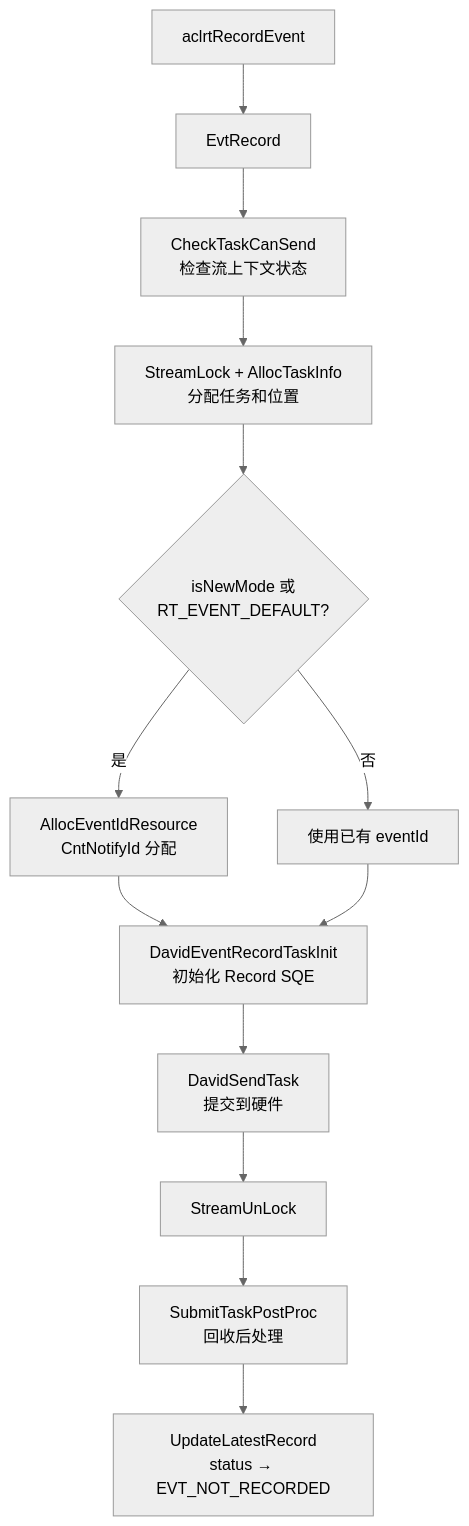
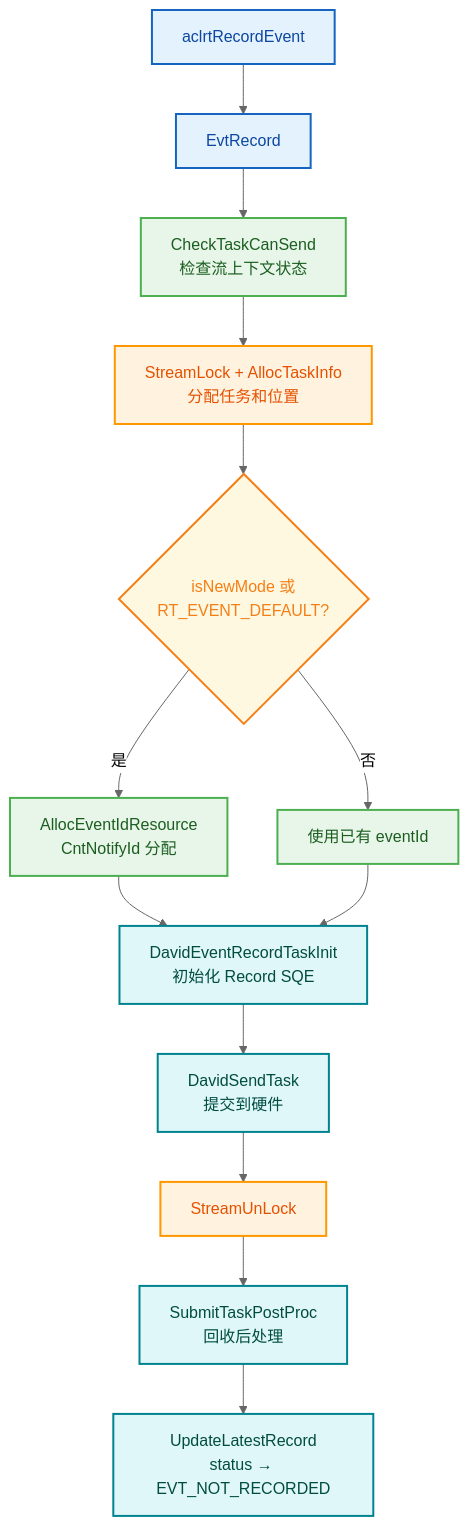
Before and after one commit to 18liumin/runtime: the third of 11 diagrams in docs/design/modules/event/event.md, drawn with Mermaid (neutral theme). The commit also changed other lines of this file, not shown here.

First line of the commit message:
docs/design/event: 参照task模块重构图表风格和内容结构

````diff
--- a/docs/design/modules/event/event.md
+++ b/docs/design/modules/event/event.md
@@ -196,15 +187,23 @@
 ```mermaid
+
 flowchart TD
-    A[aclrtRecordEvent] --> B[EvtRecord]
-    B --> C[CheckTaskCanSend<br/>检查流上下文状态]
-    C --> D[StreamLock + AllocTaskInfo<br/>分配任务和位置]
-    D --> E{isNewMode 或<br/>RT_EVENT_DEFAULT?}
-    E -->|是| F[AllocEventIdResource<br/>CntNotifyId 分配]
-    E -->|否| G[使用已有 eventId]
-    F --> H[DavidEventRecordTaskInit<br/>初始化 Record SQE]
+    classDef userStyle fill:#E3F2FD,stroke:#1565C0,stroke-width:2px,color:#0D47A1
+    classDef lockStyle fill:#FFF3E0,stroke:#FF9800,stroke-width:2px,color:#E65100
+    classDef allocStyle fill:#E8F5E9,stroke:#4CAF50,stroke-width:2px,color:#1B5E20
+    classDef decisionStyle fill:#FFF8E1,stroke:#F57F17,stroke-width:2px,color:#F57F17
+    classDef successStyle fill:#E0F7FA,stroke:#00838F,stroke-width:2px,color:#004D40
+
+    A["aclrtRecordEvent"]:::userStyle --> B["EvtRecord"]:::userStyle
+    B --> C["CheckTaskCanSend<br/>检查流上下文状态"]:::allocStyle
+    C --> D["StreamLock + AllocTaskInfo<br/>分配任务和位置"]:::lockStyle
+    D --> E{"isNewMode 或<br/>RT_EVENT_DEFAULT?"}:::decisionStyle
+    E -->|是| F["AllocEventIdResource<br/>CntNotifyId 分配"]:::allocStyle
+    E -->|否| G["使用已有 eventId"]:::allocStyle
+    F --> H["DavidEventRecordTaskInit<br/>初始化 Record SQE"]:::successStyle
     G --> H
-    H --> I[DavidSendTask<br/>提交到硬件]
-    I --> J[StreamUnLock]
-    J --> K[SubmitTaskPostProc<br/>回收后处理]
-    K --> L[UpdateLatestRecord<br/>status → EVT_NOT_RECORDED]
+    H --> I["DavidSendTask<br/>提交到硬件"]:::successStyle
+    I --> J["StreamUnLock"]:::lockStyle
+    J --> K["SubmitTaskPostProc<br/>回收后处理"]:::successStyle
+    K --> L["UpdateLatestRecord<br/>status → EVT_NOT_RECORDED"]:::successStyle
+
 ```
````
